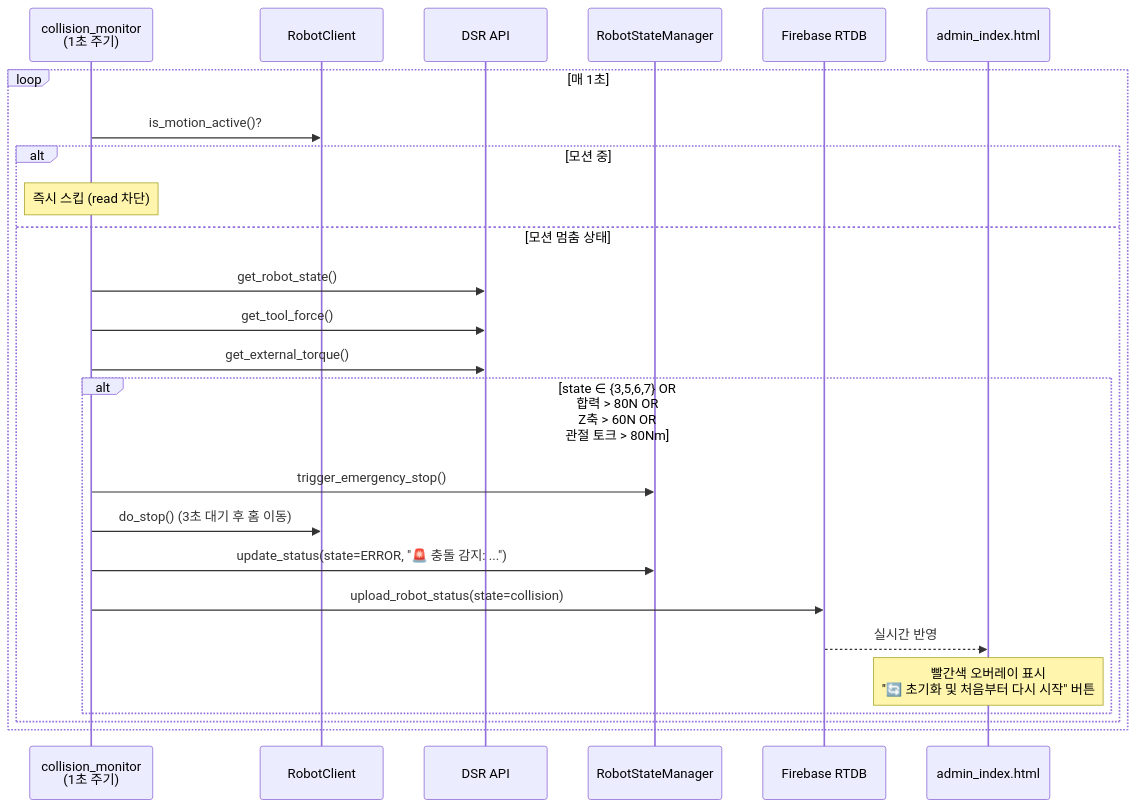
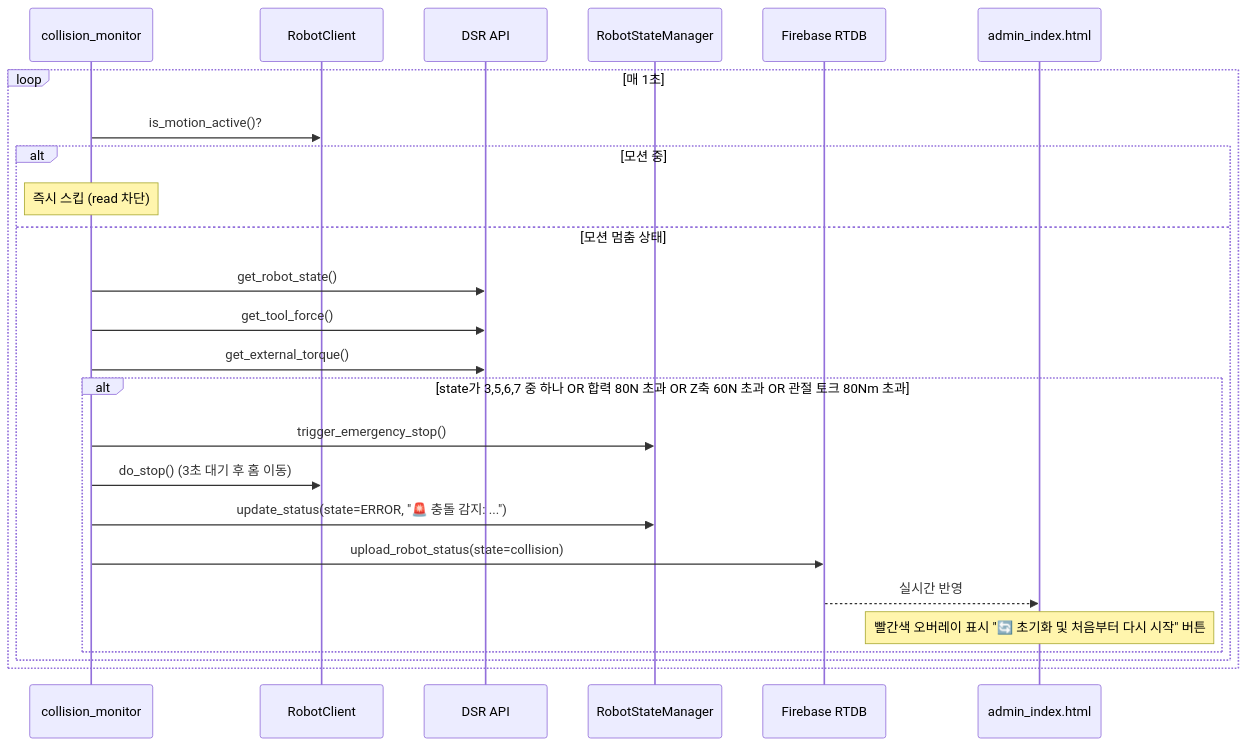
Before and after one commit to yoonseonjae/lunchbox-cobot: the third of 5 diagrams in docs/SEQUENCE_DIAGRAM.md, drawn with Mermaid. The commit also changed other lines of this file, not shown here.

````diff
--- a/docs/SEQUENCE_DIAGRAM.md
+++ b/docs/SEQUENCE_DIAGRAM.md
@@ -160,30 +160,30 @@
 ```mermaid
 sequenceDiagram
-    participant CM as collision_monitor<br/>(1초 주기)
+    participant CM as collision_monitor
     participant RC_API as RobotClient
     participant DSR as DSR API
     participant SM as RobotStateManager
     participant FB as Firebase RTDB
     participant ADMIN as admin_index.html
 
     loop 매 1초
         CM->>RC_API: is_motion_active()?
         alt 모션 중
             Note over CM: 즉시 스킵 (read 차단)
         else 모션 멈춤 상태
             CM->>DSR: get_robot_state()
             CM->>DSR: get_tool_force()
             CM->>DSR: get_external_torque()
 
-            alt state ∈ {3,5,6,7} OR<br/>합력 > 80N OR<br/>Z축 > 60N OR<br/>관절 토크 > 80Nm
+            alt state가 3,5,6,7 중 하나 OR 합력 80N 초과 OR Z축 60N 초과 OR 관절 토크 80Nm 초과
                 CM->>SM: trigger_emergency_stop()
                 CM->>RC_API: do_stop() (3초 대기 후 홈 이동)
                 CM->>SM: update_status(state=ERROR, "🚨 충돌 감지: ...")
                 CM->>FB: upload_robot_status(state=collision)
 
                 FB-->>ADMIN: 실시간 반영
-                Note over ADMIN: 빨간색 오버레이 표시<br/>"🔄 초기화 및 처음부터 다시 시작" 버튼
+                Note over ADMIN: 빨간색 오버레이 표시 "🔄 초기화 및 처음부터 다시 시작" 버튼
             end
         end
     end
 ```
````
